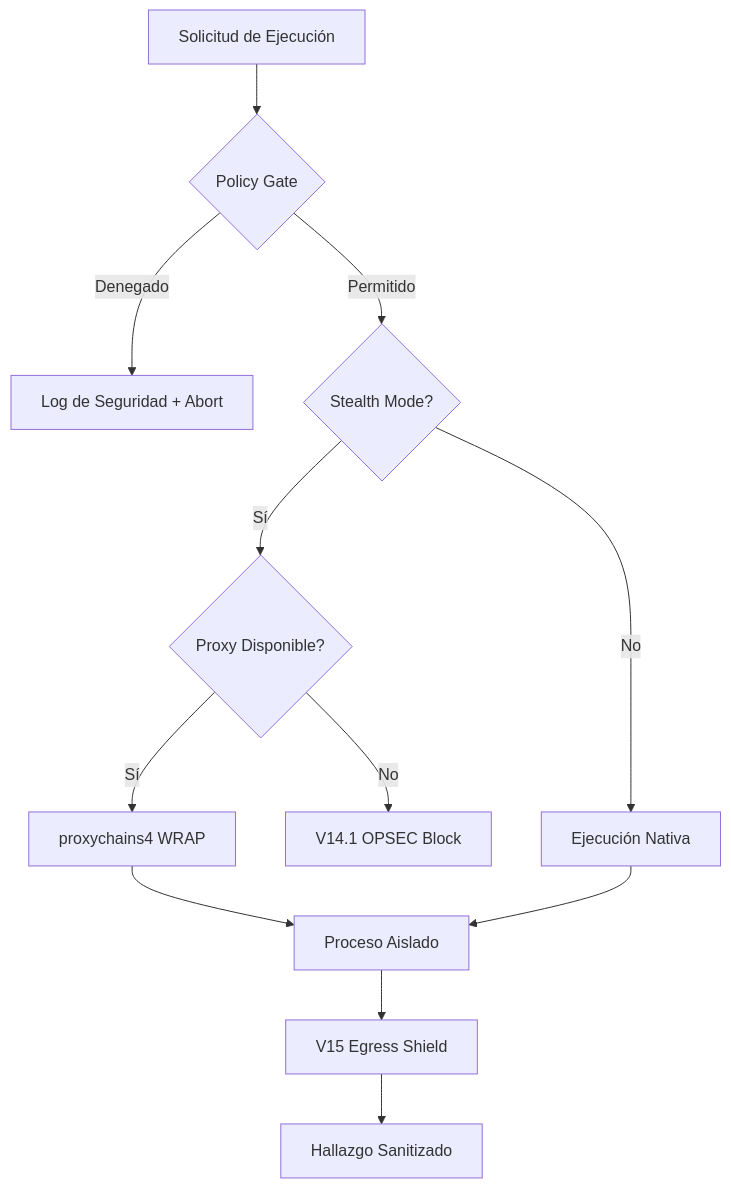
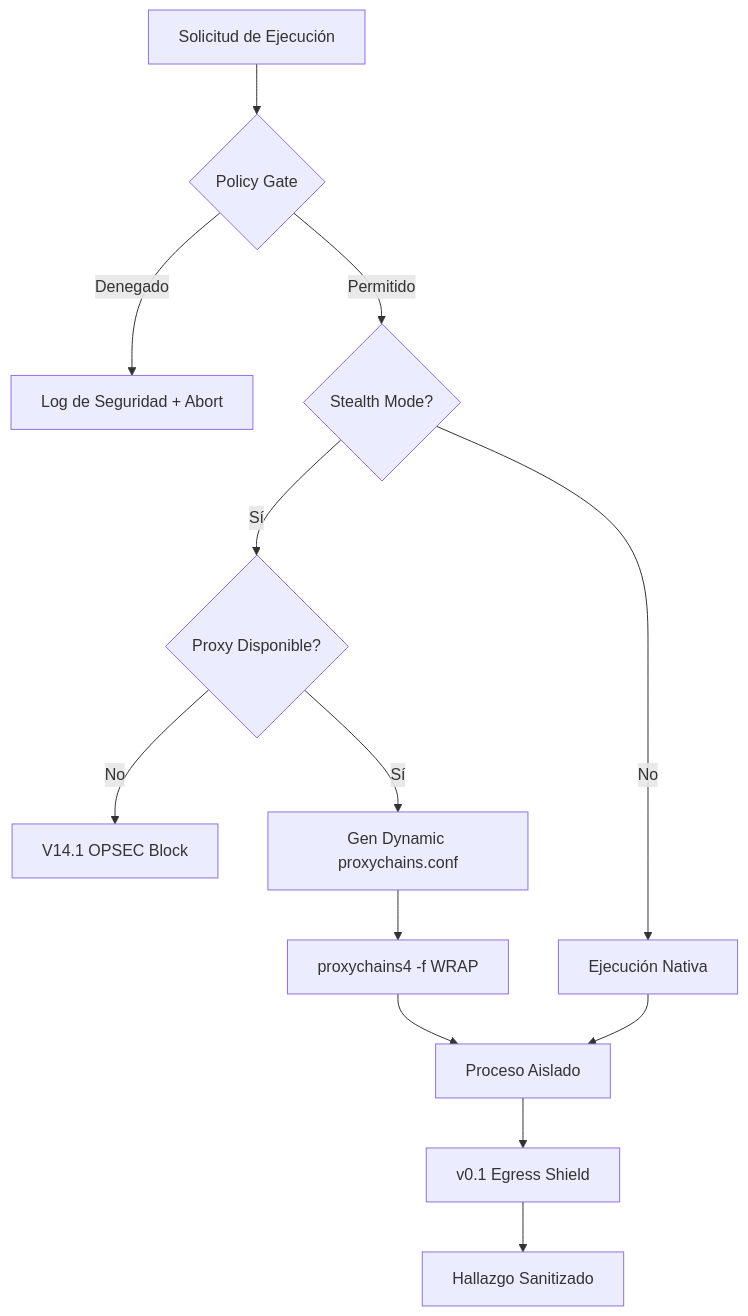
Before and after one commit to kripiman/OsintUltimate: the first of 2 diagrams in redteam_rust_core/DOCS/stealth_opsec.md, drawn with Mermaid. The commit also changed other lines of this file and 26 other files, not shown here.

````diff
--- a/redteam_rust_core/DOCS/stealth_opsec.md
+++ b/redteam_rust_core/DOCS/stealth_opsec.md
@@ -18,18 +18,20 @@
 ```mermaid
 graph TD
     Trigger[Solicitud de Ejecución] --> Policy{Policy Gate}
     Policy -->|Denegado| Audit[Log de Seguridad + Abort]
     Policy -->|Permitido| Stealth{Stealth Mode?}
     
     Stealth -->|No| Native[Ejecución Nativa]
     Stealth -->|Sí| ProxyGate{Proxy Disponible?}
     
     ProxyGate -->|No| Failure[V14.1 OPSEC Block]
-    ProxyGate -->|Sí| Wrapper[proxychains4 WRAP]
+    ProxyGate -->|Sí| Conf[Gen Dynamic proxychains.conf]
+    
+    Conf --> Wrapper[proxychains4 -f WRAP]
     
     Wrapper --> Spawn[Proceso Aislado]
     Native --> Spawn
     
-    Spawn --> Shield[V15 Egress Shield]
+    Spawn --> Shield[v0.1 Egress Shield]
     Shield --> Result[Hallazgo Sanitizado]
 ```
````
